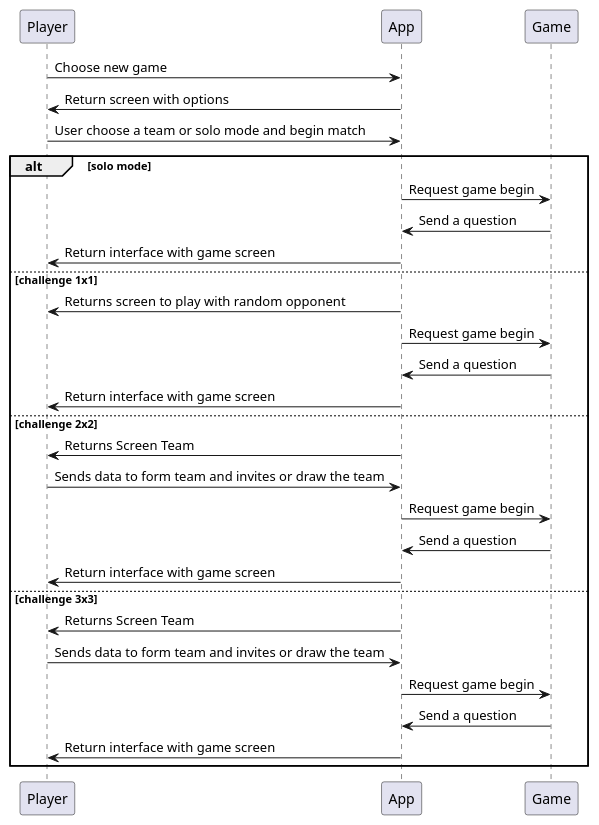
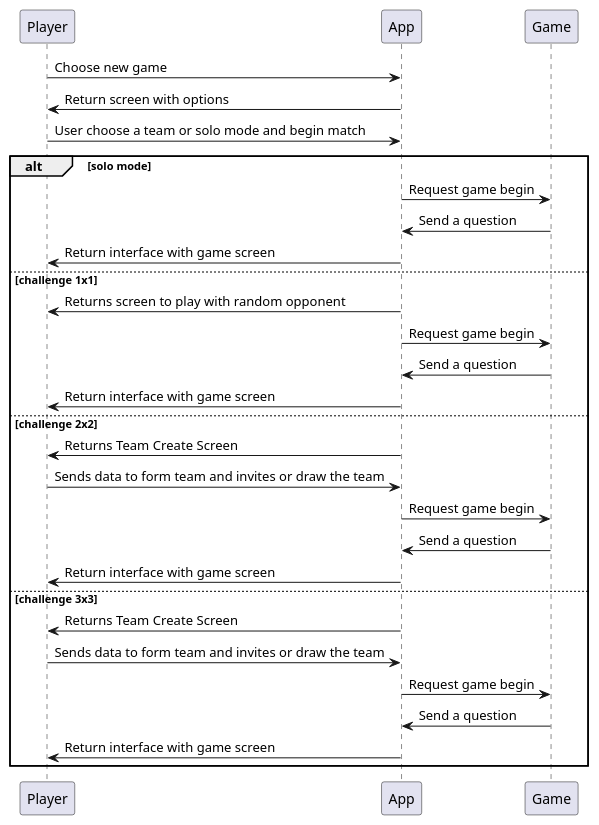
One commit to orion-services/game changed the diagram in docs/uml/NFD_CreateTeam.puml. Above: the diagram before and after it, drawn with PlantUML.

```diff
--- a/docs/uml/NFD_CreateTeam.puml
+++ b/docs/uml/NFD_CreateTeam.puml
@@ -1,35 +1,35 @@
 @startuml NFD_Game
 
 Player -> App : Choose new game
 Player <- App : Return screen with options
 Player -> App : User choose a team or solo mode and begin match
 
 alt solo mode
     App -> Game : Request game begin
     App <- Game : Send a question
     Player <- App : Return interface with game screen
 
 else challenge 1x1
     App -> Player : Returns screen to play with random opponent
     App -> Game : Request game begin
     App <- Game : Send a question
     Player <- App : Return interface with game screen
     
 else challenge 2x2
-    App -> Player : Returns Screen Team
+    App -> Player : Returns Team Create Screen
     Player -> App: Sends data to form team and invites or draw the team
     App -> Game : Request game begin
     App <- Game : Send a question
     Player <- App : Return interface with game screen
     
 else challenge 3x3
-    App -> Player : Returns Screen Team
+    App -> Player : Returns Team Create Screen
     Player -> App: Sends data to form team and invites or draw the team
     App -> Game : Request game begin
     App <- Game : Send a question
     Player <- App : Return interface with game screen
     
 
 end
 
 @enduml
```
